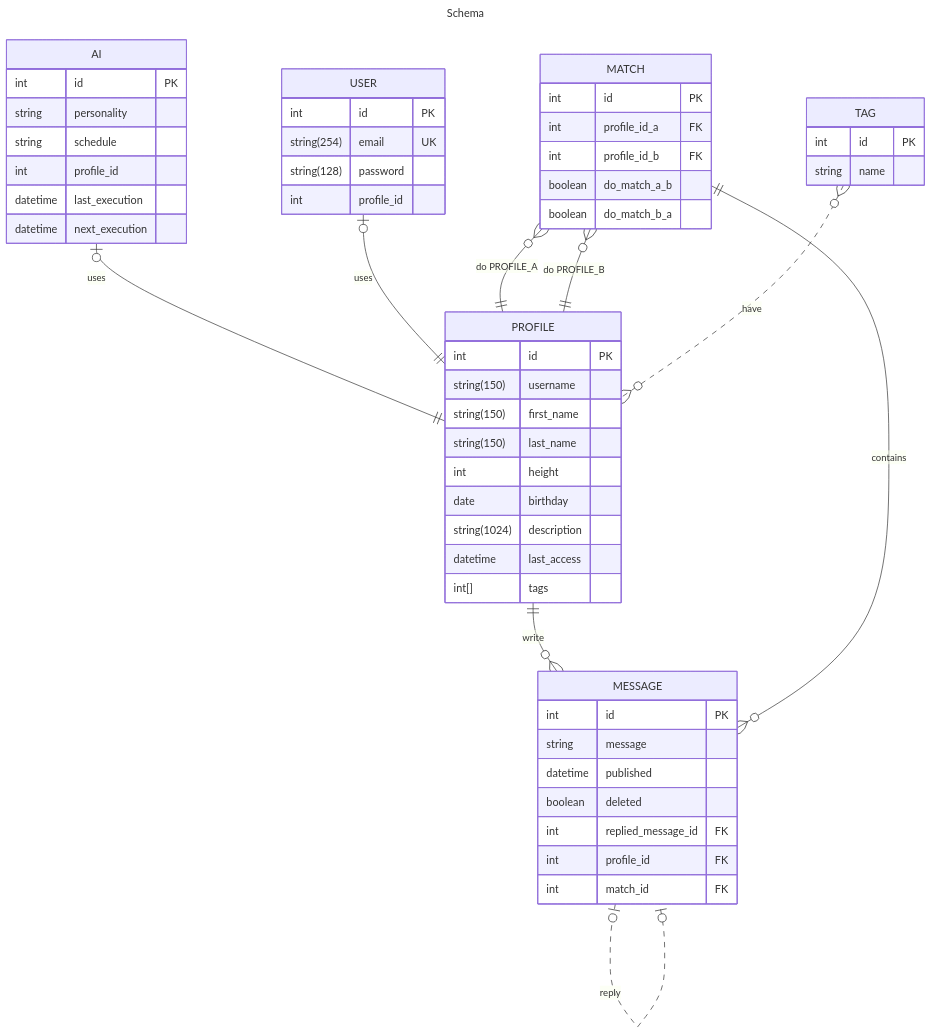
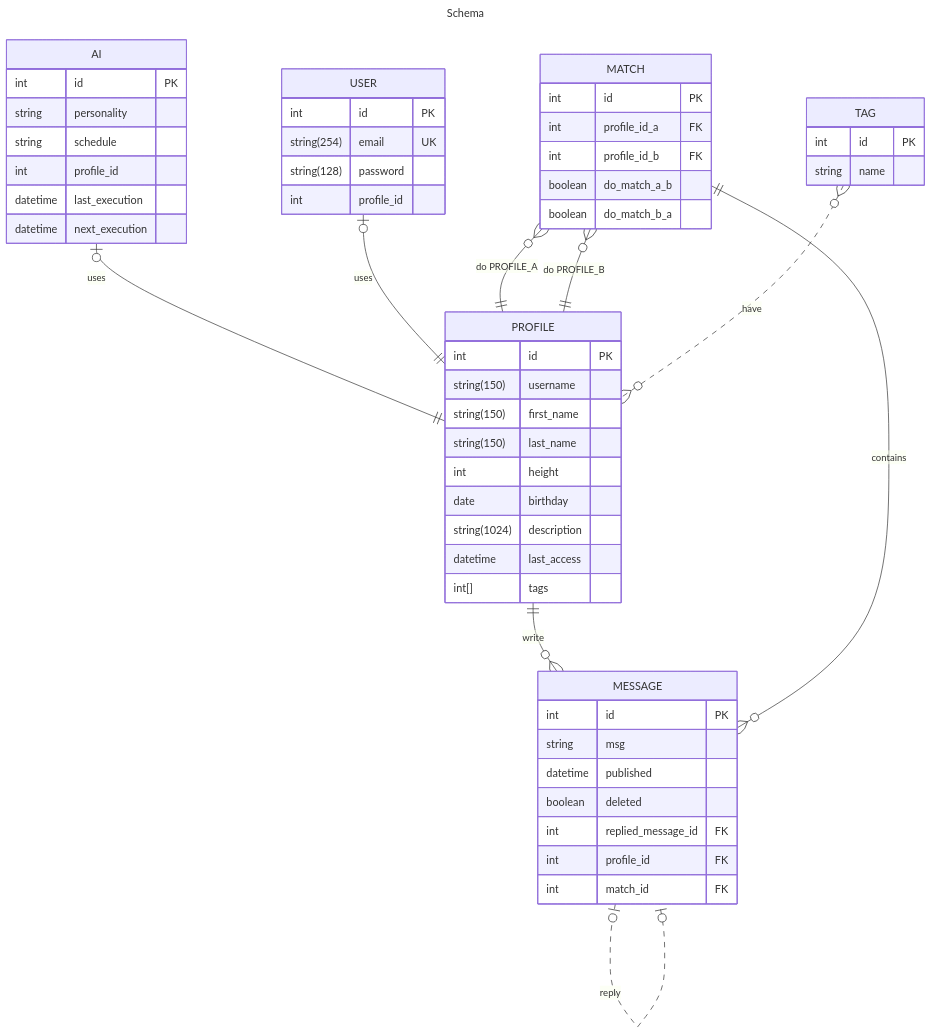
Before and after one commit to MaribelSR/tAInder: the diagram in docs/schema.md, drawn with Mermaid. The commit also changed 4 other files, not shown here.

````diff
--- a/docs/schema.md
+++ b/docs/schema.md
@@ -1,65 +1,65 @@
 ```mermaid
 ---
 title: Schema
 ---
 erDiagram
     PROFILE ||--o{ MESSAGE : write
     MESSAGE |o..o| MESSAGE : reply
     AI |o--|| PROFILE : uses
     USER |o--|| PROFILE : uses
     MATCH }o--|| PROFILE : "do PROFILE_A"
     MATCH }o--|| PROFILE : "do PROFILE_B"
     MATCH ||--o{ MESSAGE : contains
     TAG }o..o{ PROFILE : have
 
     PROFILE {
         int id PK
         string(150) username
         string(150) first_name
         string(150) last_name
         int height
         date birthday
         string(1024) description
         datetime last_access
         int[] tags
     }
 
     USER {
         int id PK
         string(254) email UK
         string(128) password
         int profile_id
     }
 
     AI {
         int id PK
         string personality
         string schedule
         int profile_id
         datetime last_execution
         datetime next_execution
     }
     
     MATCH {
         int id PK
         int profile_id_a FK
         int profile_id_b FK
         boolean do_match_a_b
         boolean do_match_b_a
     }
 
     MESSAGE {
         int id PK
-        string message
+        string msg
         datetime published
         boolean deleted
         int replied_message_id FK 
         int profile_id FK
         int match_id FK
     }
     
     TAG {
         int id PK
         string name
     }
 ```
````
